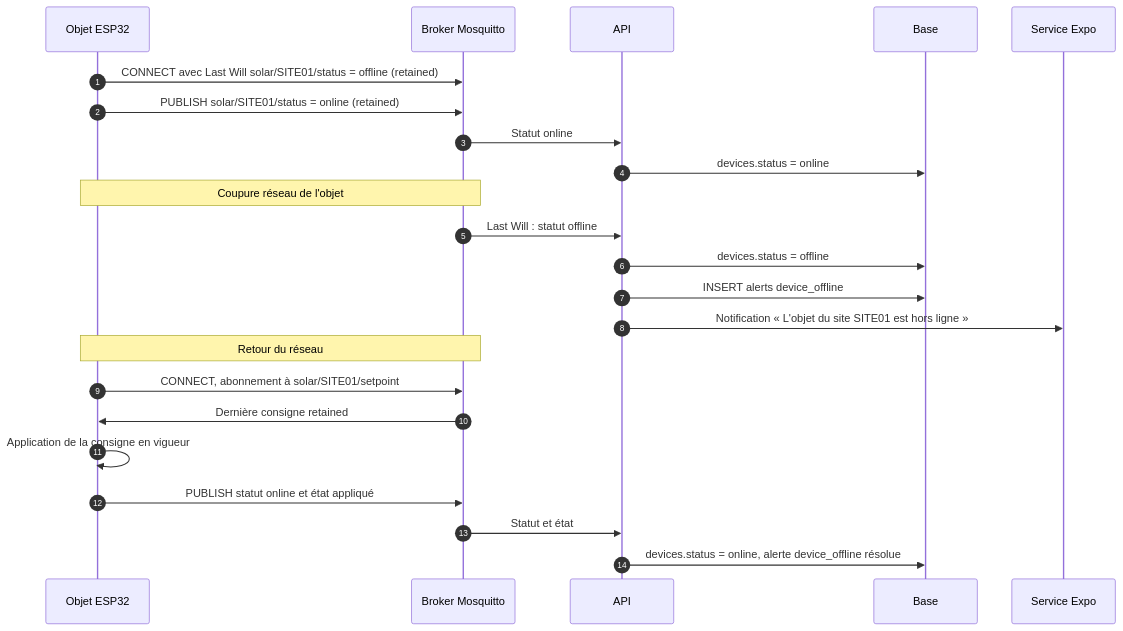
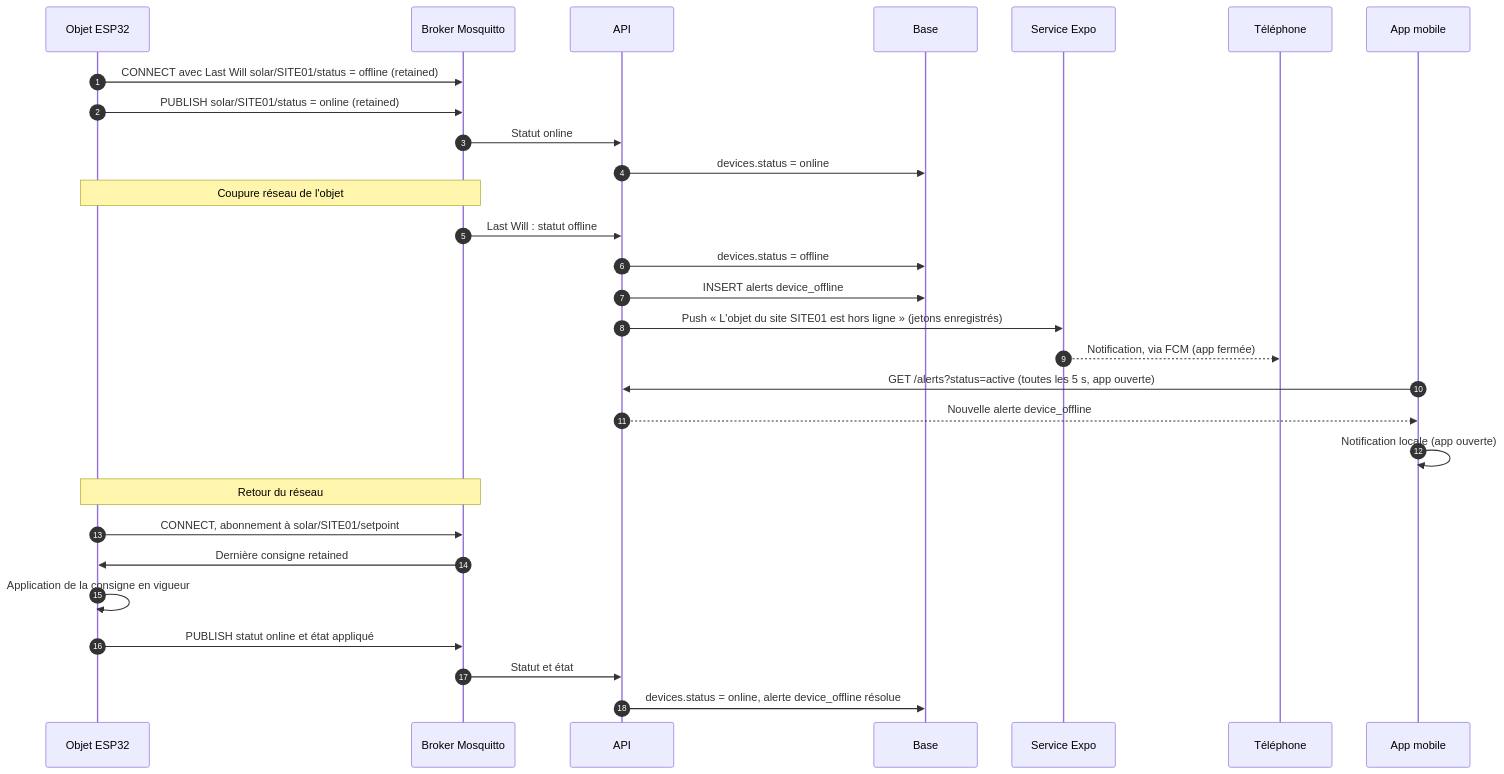
The sixth of 13 diagrams in docs/conception/02-uml.md (SamuelLnds/proj-app-mobile-co), drawn with Mermaid before and after one commit. The commit also changed other lines of this file and 5 other files, not shown here.

First line of the commit message:
docs(design): remplace ntfy par le push Expo et les notifications locales

````diff
--- a/docs/conception/02-uml.md
+++ b/docs/conception/02-uml.md
@@ -320,28 +321,34 @@
 ```mermaid
 sequenceDiagram
   autonumber
   participant D as Objet ESP32
   participant B as Broker Mosquitto
   participant API as API
   participant DB as Base
   participant X as Service Expo
+  participant P as Téléphone
+  participant App as App mobile
 
   D->>B: CONNECT avec Last Will solar/SITE01/status = offline (retained)
   D->>B: PUBLISH solar/SITE01/status = online (retained)
   B->>API: Statut online
   API->>DB: devices.status = online
 
   Note over D,B: Coupure réseau de l'objet
   B->>API: Last Will : statut offline
   API->>DB: devices.status = offline
   API->>DB: INSERT alerts device_offline
-  API->>X: Notification « L'objet du site SITE01 est hors ligne »
+  API->>X: Push « L'objet du site SITE01 est hors ligne » (jetons enregistrés)
+  X-->>P: Notification, via FCM (app fermée)
+  App->>API: GET /alerts?status=active (toutes les 5 s, app ouverte)
+  API-->>App: Nouvelle alerte device_offline
+  App->>App: Notification locale (app ouverte)
 
   Note over D,B: Retour du réseau
   D->>B: CONNECT, abonnement à solar/SITE01/setpoint
   B->>D: Dernière consigne retained
   D->>D: Application de la consigne en vigueur
   D->>B: PUBLISH statut online et état appliqué
   B->>API: Statut et état
   API->>DB: devices.status = online, alerte device_offline résolue
 ```
````
